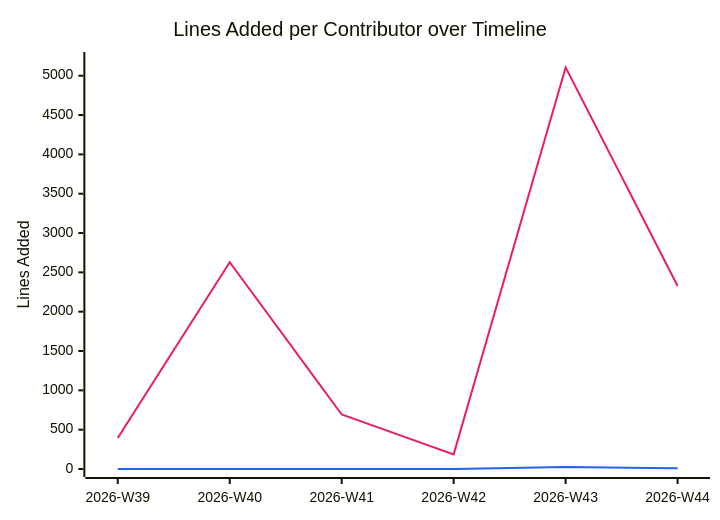
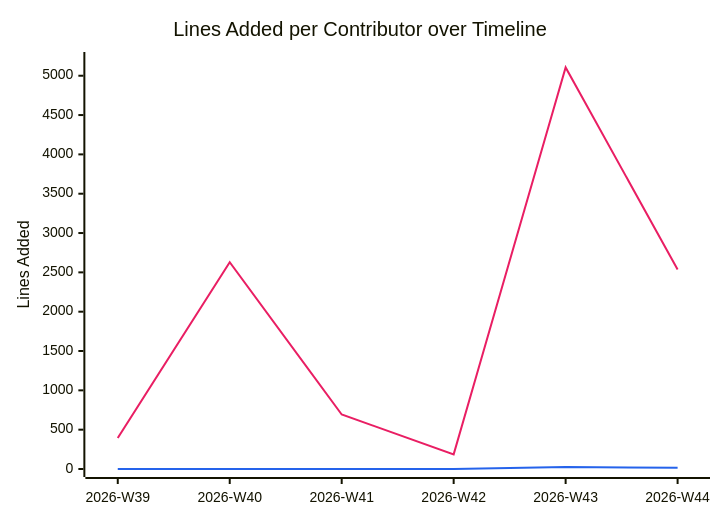
Before and after one commit to BeyondMagic/wisp: the diagram in documentation/snippets/management/code-additions.mmd, drawn with Mermaid. The commit also changed 2 other files, not shown here.

```diff
--- a/documentation/snippets/management/code-additions.mmd
+++ b/documentation/snippets/management/code-additions.mmd
@@ -1,7 +1,7 @@
 %%{init: {"themeVariables": {"xyChart": {"plotColorPalette": "#e91e63, #2563eb"}}}}%%
 xychart-beta
     title "Lines Added per Contributor over Timeline"
     x-axis ["2026-W39", "2026-W40", "2026-W41", "2026-W42", "2026-W43", "2026-W44"]
     y-axis "Lines Added" 0 --> 5200
-    line [395, 2629, 693, 186, 5106, 2327]
-    line [0, 0, 0, 0, 26, 9]
+    line [395, 2629, 693, 186, 5106, 2537]
+    line [0, 0, 0, 0, 26, 15]
```
